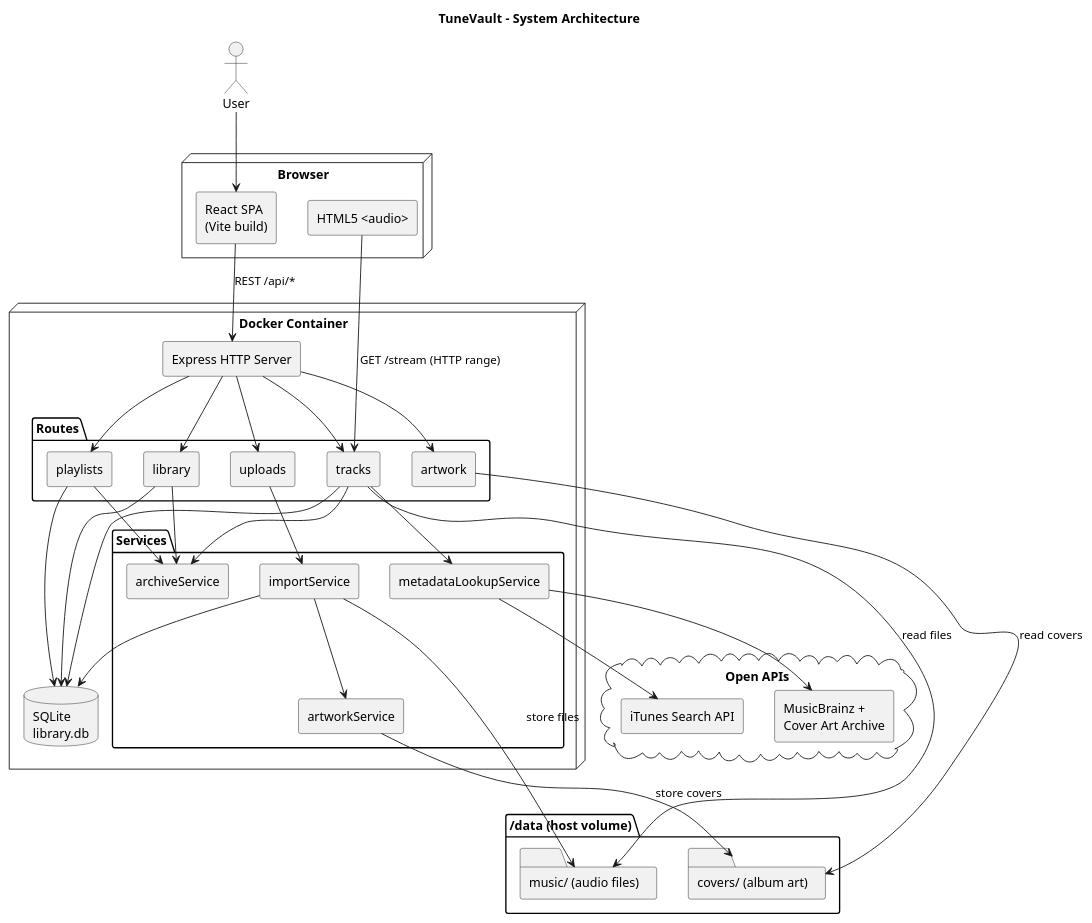
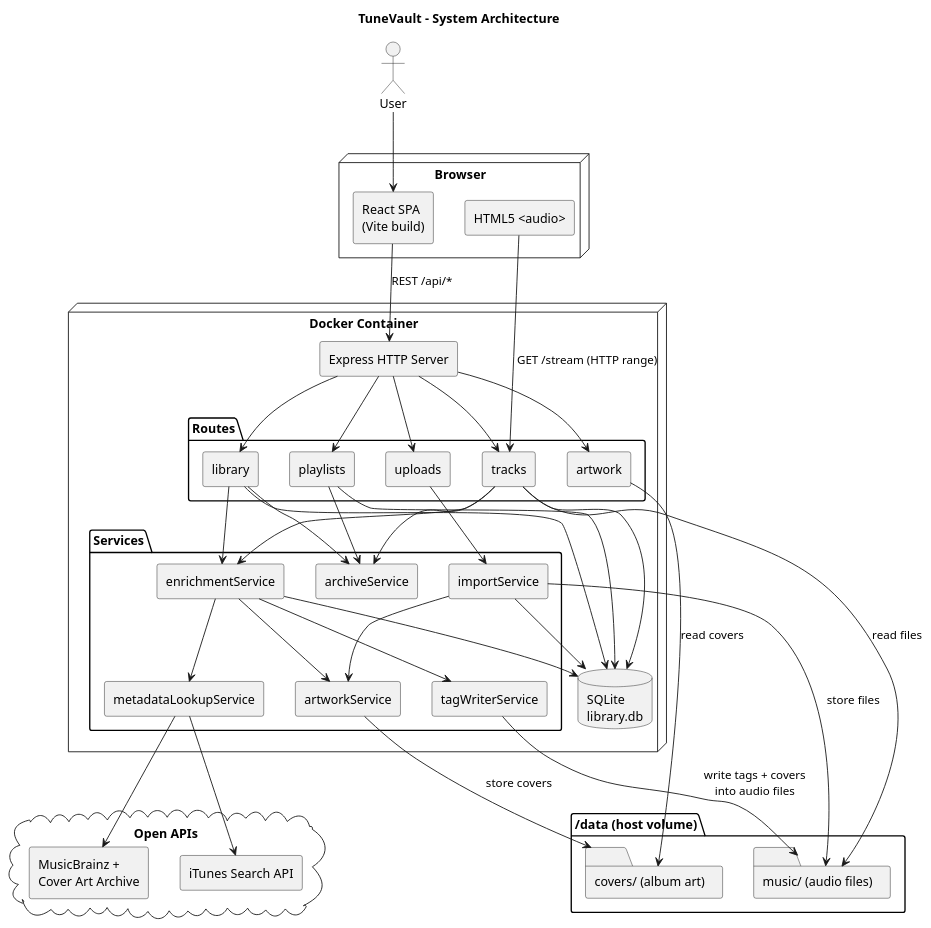
The diagram in docs/diagrams/architecture.puml (sandschm/TuneVault), drawn with PlantUML before and after one commit. The commit also changed 28 other files, not shown here.

```diff
--- a/docs/diagrams/architecture.puml
+++ b/docs/diagrams/architecture.puml
@@ -1,69 +1,77 @@
 @startuml architecture
 title TuneVault - System Architecture
 
 skinparam componentStyle rectangle
 
 actor "User" as user
 
 node "Browser" {
   [React SPA\n(Vite build)] as spa
   [HTML5 <audio>] as audio
 }
 
 node "Docker Container" {
   [Express HTTP Server] as express
   package "Routes" {
     [tracks] as rTracks
     [library] as rLibrary
     [playlists] as rPlaylists
     [uploads] as rUploads
     [artwork] as rArtwork
   }
   package "Services" {
     [importService] as sImport
     [archiveService] as sArchive
     [metadataLookupService] as sLookup
     [artworkService] as sArtwork
+    [enrichmentService] as sEnrich
+    [tagWriterService] as sTagWriter
   }
   database "SQLite\nlibrary.db" as db
 }
 
 folder "/data (host volume)" {
   folder "music/ (audio files)" as musicFs
   folder "covers/ (album art)" as coversFs
 }
 
 cloud "Open APIs" {
   [iTunes Search API] as itunes
   [MusicBrainz +\nCover Art Archive] as mb
 }
 
 user --> spa
 spa --> express : REST /api/*
 audio --> rTracks : GET /stream (HTTP range)
 
 express --> rTracks
 express --> rLibrary
 express --> rPlaylists
 express --> rUploads
 express --> rArtwork
 
 rUploads --> sImport
 rTracks --> sArchive
-rTracks --> sLookup
+rTracks --> sEnrich
 rLibrary --> sArchive
+rLibrary --> sEnrich
 rPlaylists --> sArchive
 sImport --> sArtwork
+sEnrich --> sLookup
+sEnrich --> sArtwork
+sEnrich --> sTagWriter
 sLookup --> itunes
 sLookup --> mb
 
 sImport --> musicFs : store files
 sArtwork --> coversFs : store covers
+sTagWriter --> musicFs : write tags + covers\ninto audio files
 rTracks --> musicFs : read files
 rArtwork --> coversFs : read covers
 
 rTracks --> db
 rLibrary --> db
 rPlaylists --> db
 sImport --> db
+sEnrich --> db
 @enduml
```
